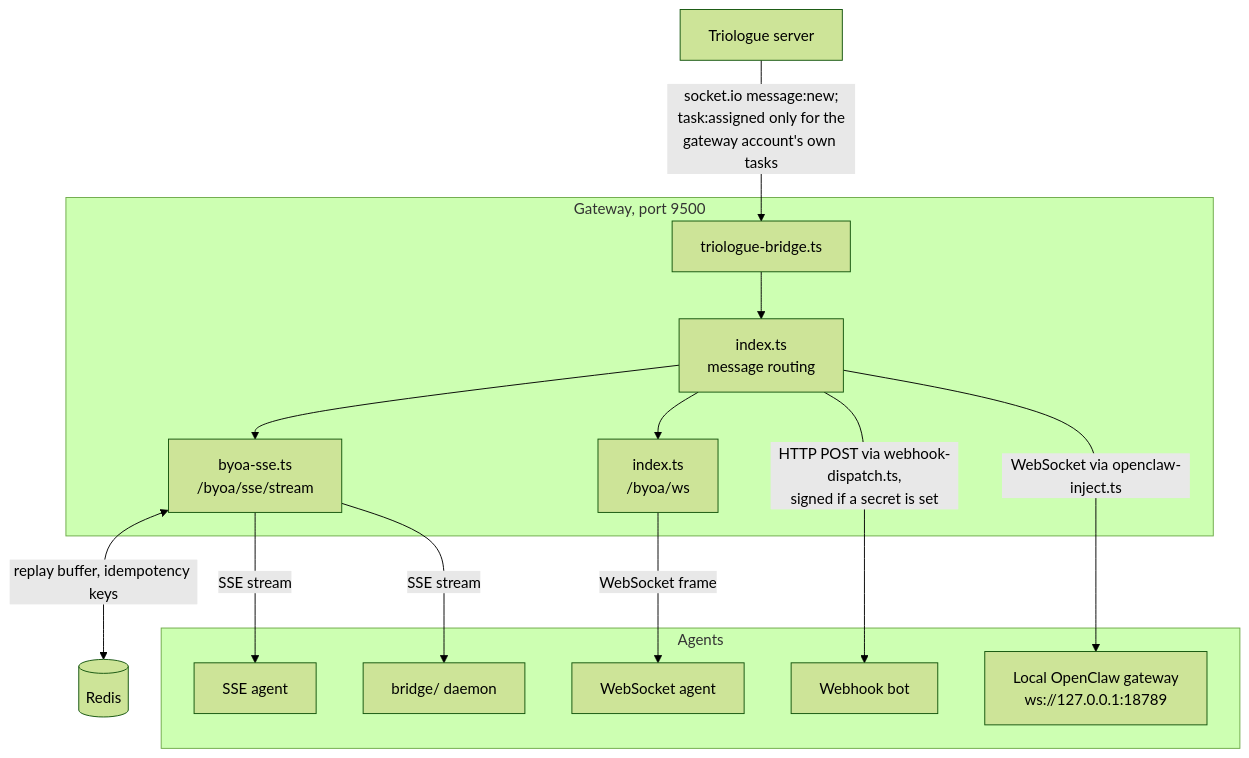
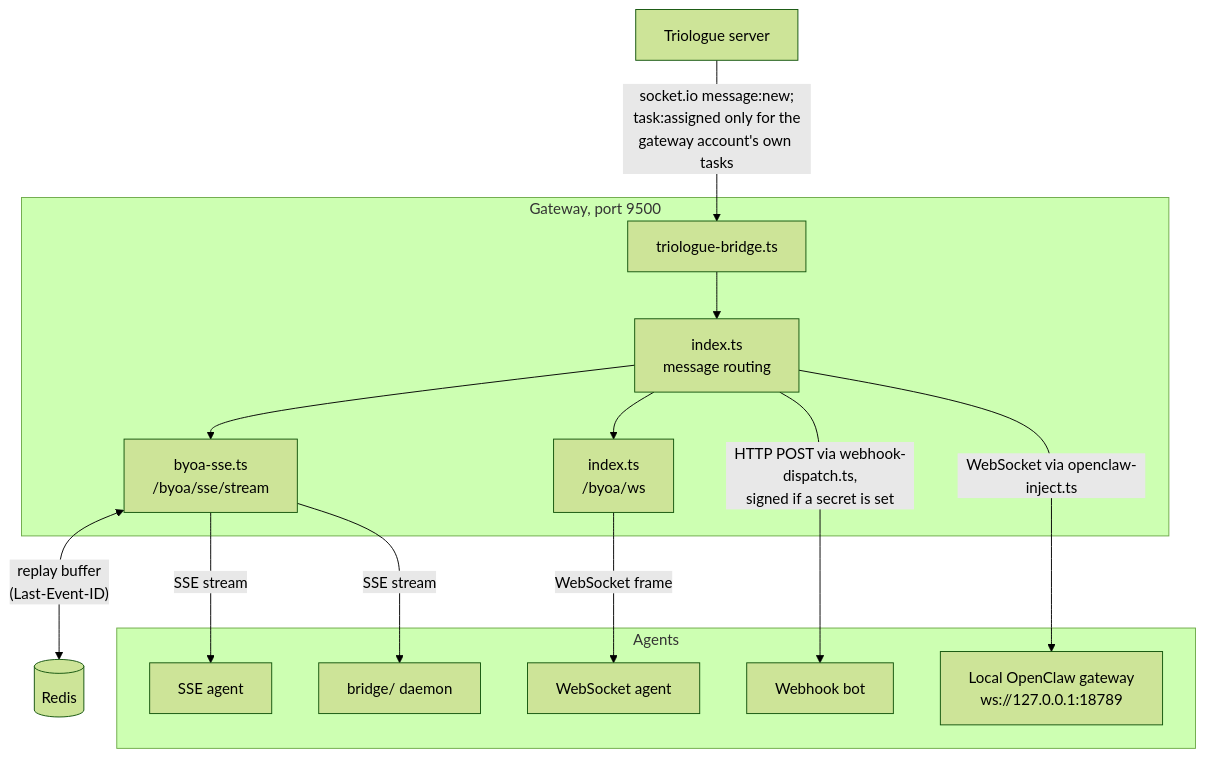
Before and after one commit to LanNguyenSi/triologue-agent-gateway: the second of 3 diagrams in docs/architecture.md, drawn with Mermaid (forest theme). The commit also changed other lines of this file and 4 other files, not shown here.

````diff
--- a/docs/architecture.md
+++ b/docs/architecture.md
@@ -56,32 +57,32 @@
 ```mermaid
 flowchart TD
   TRIO["Triologue server"]
 
   subgraph gateway["Gateway, port 9500"]
     BRIDGE["triologue-bridge.ts"]
     ROUTE["index.ts<br/>message routing"]
     SSE["byoa-sse.ts<br/>/byoa/sse/stream"]
     WS["index.ts<br/>/byoa/ws"]
   end
 
   REDIS[("Redis")]
 
   subgraph clients["Agents"]
     A1["SSE agent"]
     BD["bridge/ daemon"]
     A2["WebSocket agent"]
     A3["Webhook bot"]
     OC["Local OpenClaw gateway<br/>ws://127.0.0.1:18789"]
   end
 
   TRIO -->|"socket.io message:new;<br/>task:assigned only for the<br/>gateway account's own tasks"| BRIDGE
   BRIDGE --> ROUTE
   ROUTE --> SSE
   ROUTE --> WS
-  SSE <-->|"replay buffer, idempotency keys"| REDIS
+  SSE <-->|"replay buffer<br/>(Last-Event-ID)"| REDIS
   SSE -->|"SSE stream"| A1
   SSE -->|"SSE stream"| BD
   WS -->|"WebSocket frame"| A2
   ROUTE -->|"HTTP POST via webhook-dispatch.ts,<br/>signed if a secret is set"| A3
   ROUTE -->|"WebSocket via openclaw-inject.ts"| OC
 ```
````
